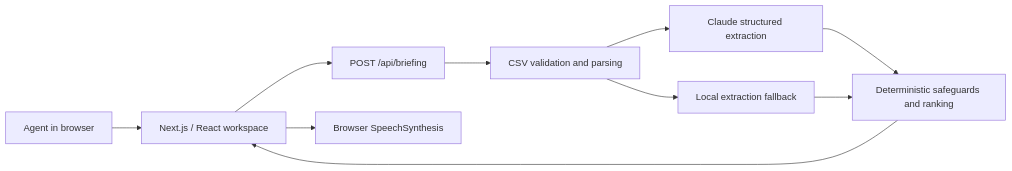
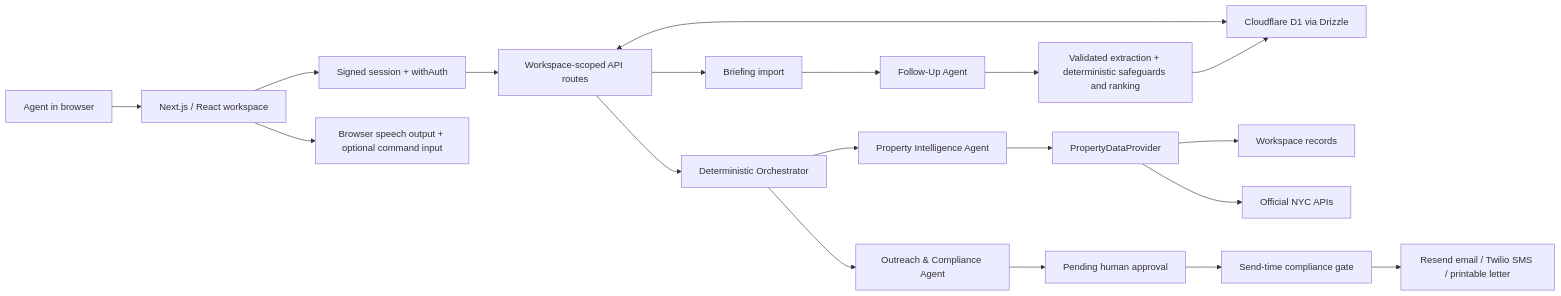
Before and after one commit to MITRAKER/PROPERTY-OS: the first of 2 diagrams in docs/PROJECT_MEMORY.md, drawn with Mermaid. The commit also changed other lines of this file, not shown here.

````diff
--- a/docs/PROJECT_MEMORY.md
+++ b/docs/PROJECT_MEMORY.md
@@ -121,12 +121,24 @@
 ```mermaid
 flowchart LR
     U["Agent in browser"] --> UI["Next.js / React workspace"]
-    UI --> API["POST /api/briefing"]
-    API --> CSV["CSV validation and parsing"]
-    CSV --> LLM["Claude structured extraction"]
-    CSV --> FB["Local extraction fallback"]
-    LLM --> RULES["Deterministic safeguards and ranking"]
-    FB --> RULES
-    RULES --> UI
-    UI --> TTS["Browser SpeechSynthesis"]
+    UI --> AUTH["Signed session + withAuth"]
+    AUTH --> API["Workspace-scoped API routes"]
+    API <--> D1["Cloudflare D1 via Drizzle"]
+
+    API --> B["Briefing import"]
+    B --> F["Follow-Up Agent"]
+    F --> RULES["Validated extraction + deterministic safeguards and ranking"]
+    RULES --> D1
+
+    API --> O["Deterministic Orchestrator"]
+    O --> PI["Property Intelligence Agent"]
+    O --> OC["Outreach & Compliance Agent"]
+    PI --> DP["PropertyDataProvider"]
+    DP --> WS["Workspace records"]
+    DP --> NYC["Official NYC APIs"]
+    OC --> AP["Pending human approval"]
+    AP --> GATE["Send-time compliance gate"]
+    GATE --> SEND["Resend email / Twilio SMS / printable letter"]
+
+    UI --> VOICE["Browser speech output + optional command input"]
 ```
````
